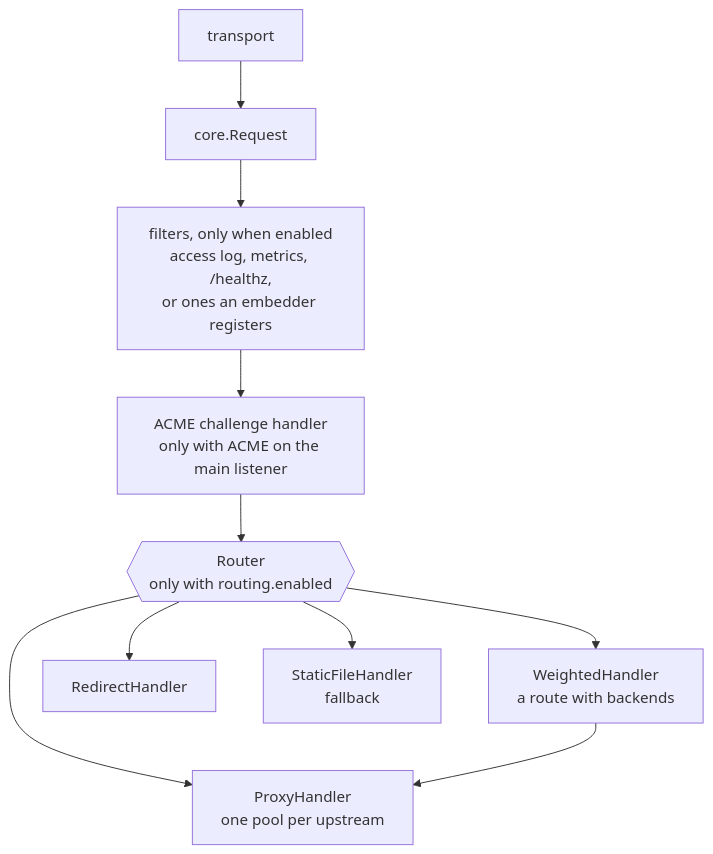
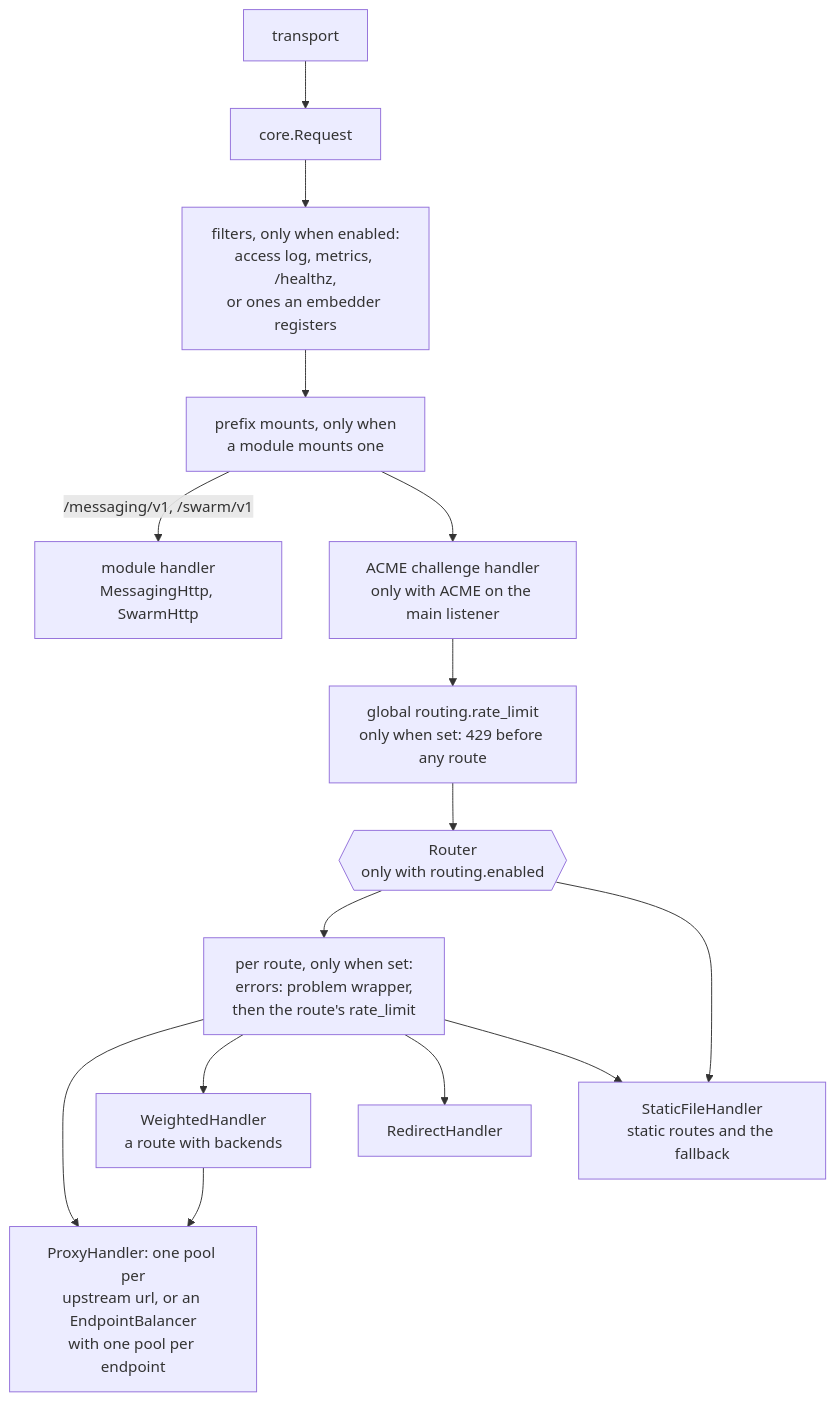
The first of 6 diagrams in docs/design/proxy-routing.md (BlivionIaG/sjws_nettask), drawn with Mermaid before and after one commit. The commit also changed other lines of this file and 1 other file, not shown here.

Commit message:
docs: proxy placement, endpoint balancing and per-endpoint health diagrams
proxy-routing.md: placement with mounts, rate limits and endpoint
balancers, the step-5 scope in the ProxyHandler order, and the retry
verdict for endpoint upstreams. discovery.md: one request through an
EndpointBalancer, endpoint selection, and passive endpoint health.

Claude-Session: https://claude.ai/code/session_019GtBYbK9M52qYneweqaT6f

````diff
--- a/docs/design/proxy-routing.md
+++ b/docs/design/proxy-routing.md
@@ -24,12 +24,17 @@
 ```mermaid
 flowchart TB
     t["transport"] --> rq["core.Request"]
-    rq --> fl["filters, only when enabled<br/>access log, metrics, /healthz,<br/>or ones an embedder registers"]
-    fl --> ac["ACME challenge handler<br/>only with ACME on the main listener"]
-    ac --> r{{"Router<br/>only with routing.enabled"}}
-    r --> p["ProxyHandler<br/>one pool per upstream"]
-    r --> w["WeightedHandler<br/>a route with backends"]
+    rq --> fl["filters, only when enabled:<br/>access log, metrics, /healthz,<br/>or ones an embedder registers"]
+    fl --> pm["prefix mounts, only when<br/>a module mounts one"]
+    pm -->|"/messaging/v1, /swarm/v1"| mod["module handler<br/>MessagingHttp, SwarmHttp"]
+    pm --> ac["ACME challenge handler<br/>only with ACME on the main listener"]
+    ac --> gl["global routing.rate_limit<br/>only when set: 429 before any route"]
+    gl --> r{{"Router<br/>only with routing.enabled"}}
+    r --> rw["per route, only when set:<br/>errors: problem wrapper,<br/>then the route's rate_limit"]
+    rw --> p["ProxyHandler: one pool per<br/>upstream url, or an EndpointBalancer<br/>with one pool per endpoint"]
+    rw --> w["WeightedHandler<br/>a route with backends"]
     w --> p
-    r --> rd["RedirectHandler"]
-    r --> sf["StaticFileHandler<br/>fallback"]
+    rw --> rd["RedirectHandler"]
+    rw --> sf["StaticFileHandler<br/>static routes and the fallback"]
+    r --> sf
 ```
````
